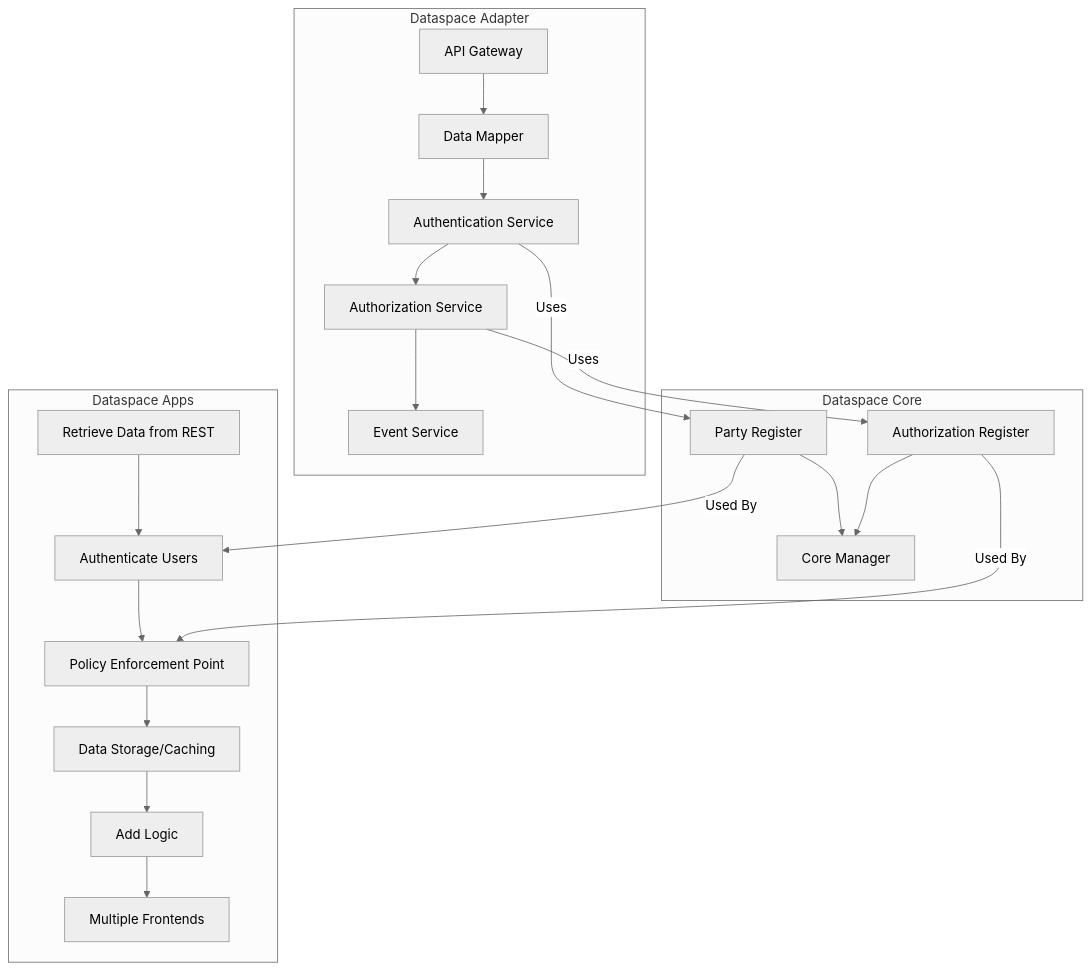
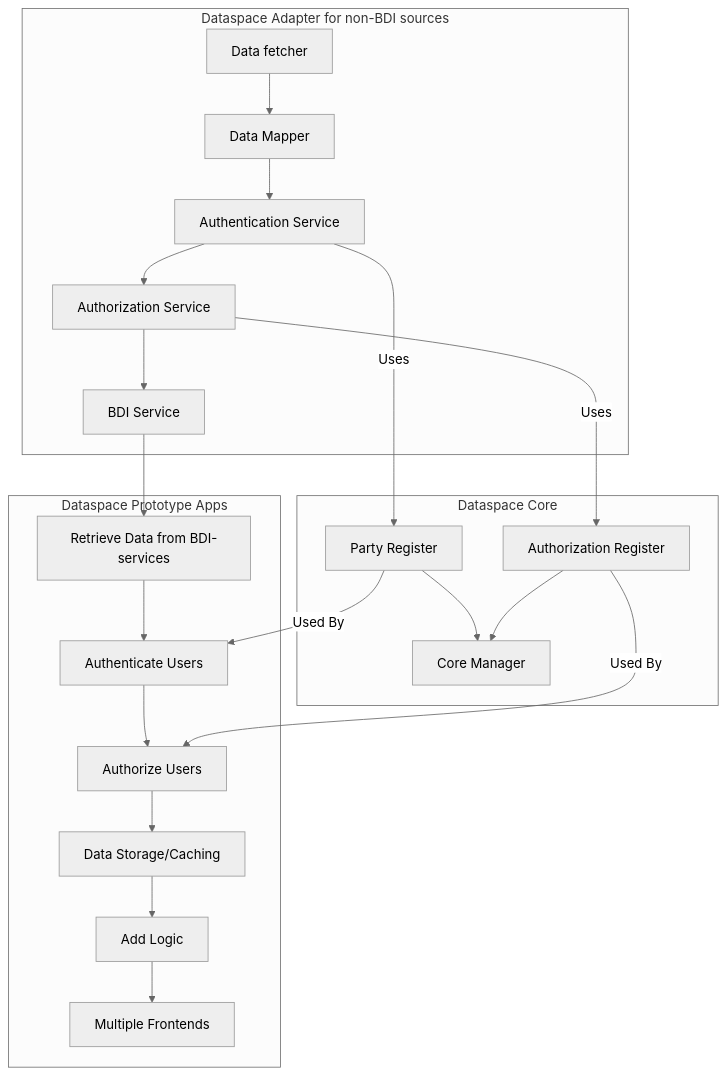
One commit to POORT8/Poort8.Dataspace.NoodleBar changed the diagram in Poort8.Dataspace.Wiki/architecture.md. Above: the diagram before and after it, drawn with Mermaid (neutral theme).

````diff
--- a/Poort8.Dataspace.Wiki/architecture.md
+++ b/Poort8.Dataspace.Wiki/architecture.md
@@ -2,52 +2,53 @@
 ```mermaid
 graph TB
 
 %% Dataspace Adapter
-subgraph Dataspace Adapter
-    APIGateway[API Gateway]
+subgraph Dataspace Adapter for non-BDI sources
+    DataFetcher[Data fetcher]
     DataMapper[Data Mapper]
     AuthService[Authentication Service]
     AuthzService[Authorization Service]
-    EventService[Event Service]
+    BDIService[BDI Service]
 end
 
 %% Dataspace Core
 subgraph Dataspace Core
     PartyRegister[Party Register]
     AuthRegister[Authorization Register]
     CoreManager[Core Manager]
 end
 
 %% Dataspace Apps
-subgraph Dataspace Apps
-    RESTSrc[Retrieve Data from REST]
+subgraph Dataspace Prototype Apps
+    RESTSrc[Retrieve Data from BDI-services]
     AuthUsers[Authenticate Users]
-    PEP[Policy Enforcement Point]
+    PEP[Authorize Users]
     DataStore[Data Storage/Caching]
     Logic[Add Logic]
     FrontEnds[Multiple Frontends]
 end
 
 %% Connections within Dataspace Adapter
-APIGateway-->DataMapper
+DataFetcher-->DataMapper
 DataMapper-->AuthService
 AuthService-->AuthzService
-AuthzService-->EventService
+AuthzService-->BDIService
 
 %% Connections within Dataspace Core
 PartyRegister-->CoreManager
 AuthRegister-->CoreManager
 
 %% Connections within Dataspace Apps
 RESTSrc-->AuthUsers
 AuthUsers-->PEP
 PEP-->DataStore
 DataStore-->Logic
 Logic-->FrontEnds
 
 %% Dependencies
 AuthzService-->|Uses|AuthRegister
 AuthRegister-->|Used By|PEP
 AuthService-->|Uses|PartyRegister
 PartyRegister-->|Used By|AuthUsers
+BDIService-->RESTSrc
 ```
````
